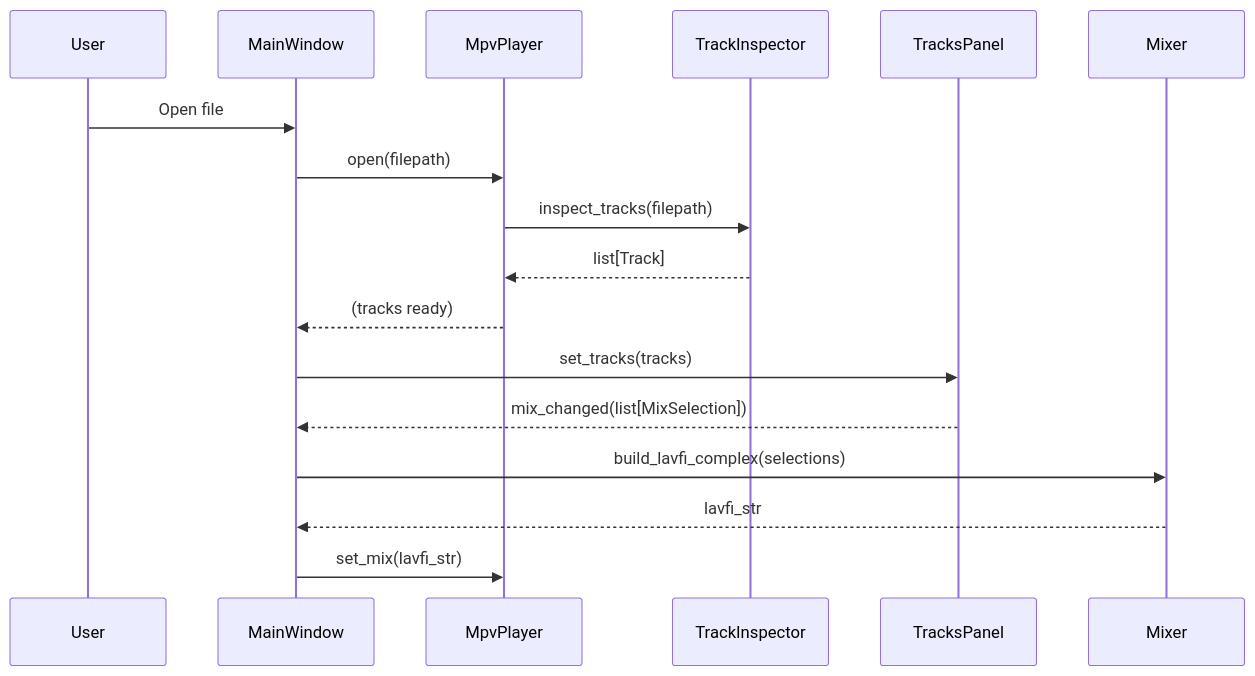
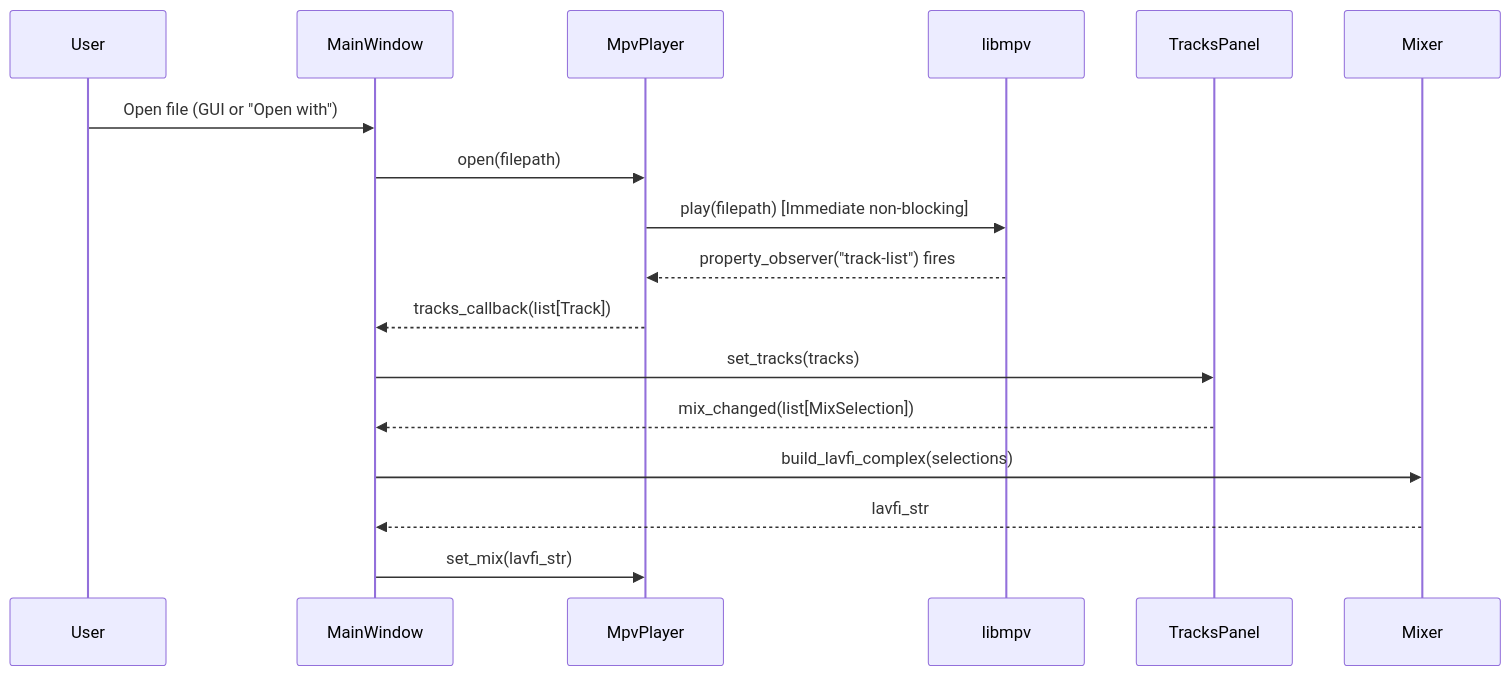
The second of 2 diagrams in docs/architecture.md (ma3str0x/Frostplay), drawn with Mermaid before and after one commit. The commit also changed other lines of this file and 24 other files, not shown here.

````diff
--- a/docs/architecture.md
+++ b/docs/architecture.md
@@ -111,20 +111,20 @@
 ```mermaid
 sequenceDiagram
     participant User
     participant MainWindow
     participant MpvPlayer
-    participant TrackInspector
+    participant libmpv
     participant TracksPanel
     participant Mixer
 
-    User->>MainWindow: Open file
+    User->>MainWindow: Open file (GUI or "Open with")
     MainWindow->>MpvPlayer: open(filepath)
-    MpvPlayer->>TrackInspector: inspect_tracks(filepath)
-    TrackInspector-->>MpvPlayer: list[Track]
-    MpvPlayer-->>MainWindow: (tracks ready)
+    MpvPlayer->>libmpv: play(filepath) [Immediate non-blocking]
+    libmpv-->>MpvPlayer: property_observer("track-list") fires
+    MpvPlayer-->>MainWindow: tracks_callback(list[Track])
     MainWindow->>TracksPanel: set_tracks(tracks)
     TracksPanel-->>MainWindow: mix_changed(list[MixSelection])
     MainWindow->>Mixer: build_lavfi_complex(selections)
     Mixer-->>MainWindow: lavfi_str
     MainWindow->>MpvPlayer: set_mix(lavfi_str)
 ```
````
